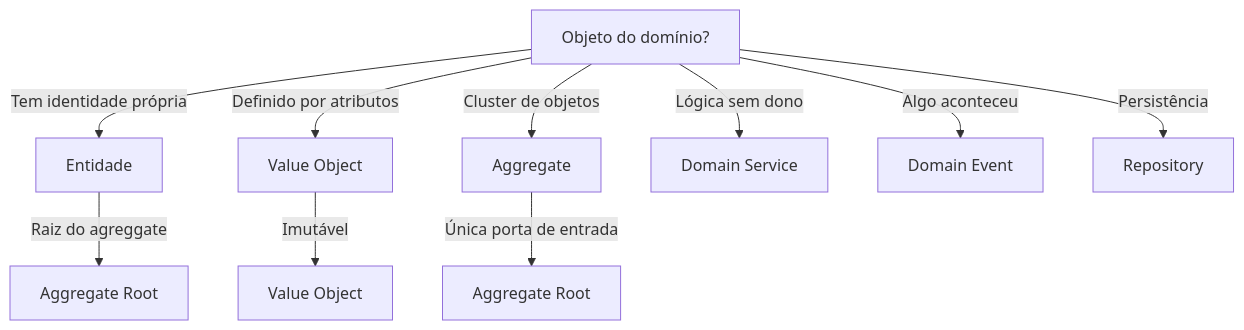
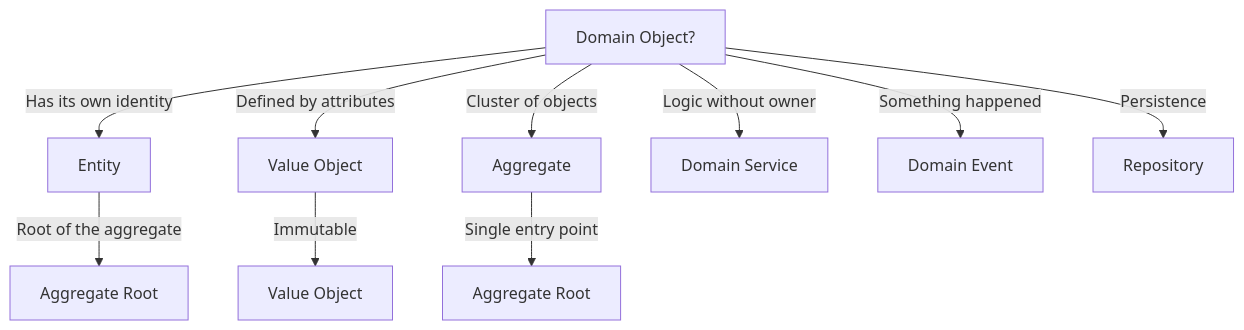
Before and after one commit to lscheffel/ignite-agents-skills: the diagram in skills/ddd/SKILL.md, drawn with Mermaid. The commit also changed other lines of this file and 1024 other files, not shown here.

````diff
--- a/skills/ddd/SKILL.md
+++ b/skills/ddd/SKILL.md
@@ -33,12 +44,12 @@
 ```mermaid
 graph TD
-    A[Objeto do domínio?] -->|Tem identidade própria| B[Entidade]
-    A -->|Definido por atributos| C[Value Object]
-    A -->|Cluster de objetos| D[Aggregate]
-    B -->|Raiz do agreggate| E[Aggregate Root]
-    C -->|Imutável| F[Value Object]
-    D -->|Única porta de entrada| G[Aggregate Root]
-    A -->|Lógica sem dono| H[Domain Service]
-    A -->|Algo aconteceu| I[Domain Event]
-    A -->|Persistência| J[Repository]
+    A[Domain Object?] -->|Has its own identity| B[Entity]
+    A -->|Defined by attributes| C[Value Object]
+    A -->|Cluster of objects| D[Aggregate]
+    B -->|Root of the aggregate| E[Aggregate Root]
+    C -->|Immutable| F[Value Object]
+    D -->|Single entry point| G[Aggregate Root]
+    A -->|Logic without owner| H[Domain Service]
+    A -->|Something happened| I[Domain Event]
+    A -->|Persistence| J[Repository]
 ```
````
